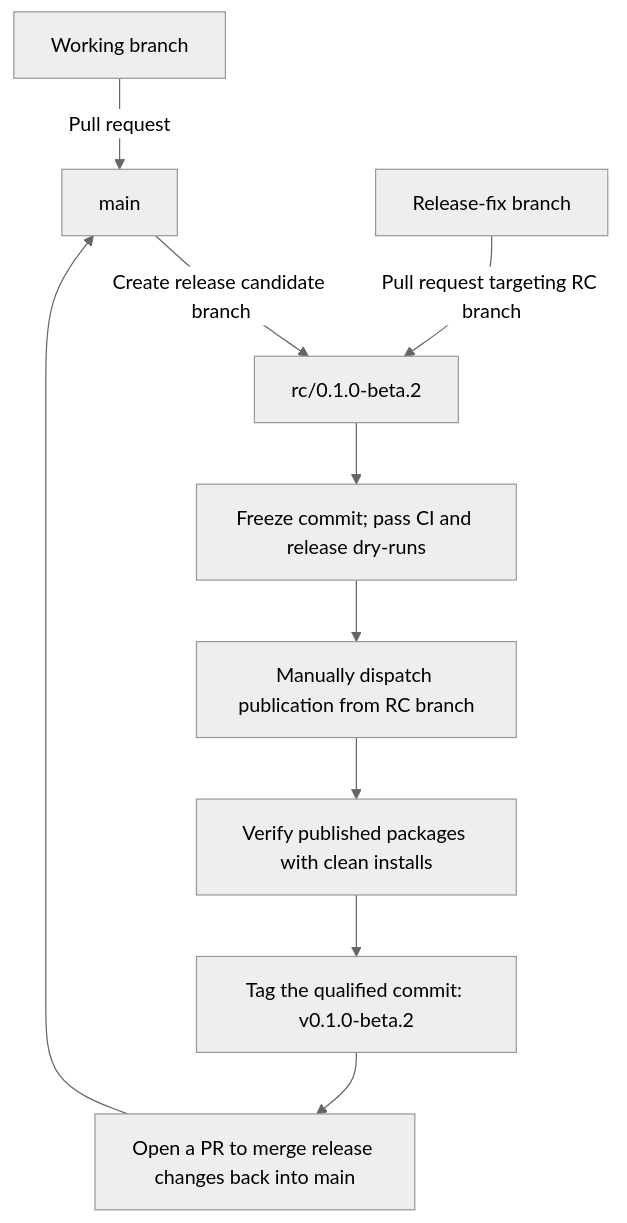
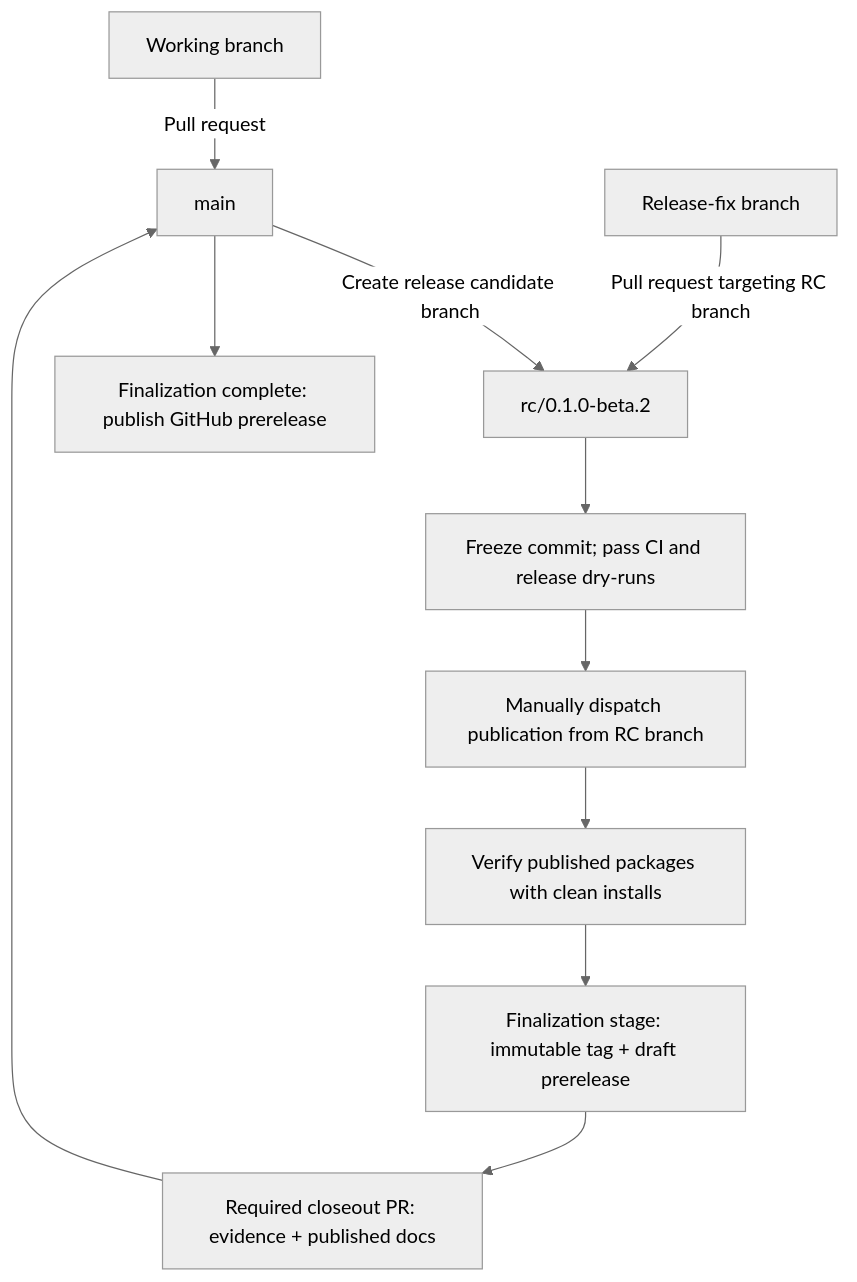
Before and after one commit to agent-topology/agent-topology: the diagram in CONTRIBUTING.md, drawn with Mermaid (neutral theme). The commit also changed other lines of this file and 23 other files, not shown here.

First line of the commit message:
chore(release): update workflows, scripts, and documentation for beta.3

````diff
--- a/CONTRIBUTING.md
+++ b/CONTRIBUTING.md
@@ -46,12 +46,13 @@
 ```mermaid
 flowchart TD
     work["Working branch"] -->|Pull request| main["main"]
     main -->|Create release candidate branch| candidate["rc/0.1.0-beta.2"]
     fix["Release-fix branch"] -->|Pull request targeting RC branch| candidate
     candidate --> checks["Freeze commit; pass CI and release dry-runs"]
     checks --> publish["Manually dispatch publication from RC branch"]
     publish --> verify["Verify published packages with clean installs"]
-    verify --> tag["Tag the qualified commit: v0.1.0-beta.2"]
-    tag --> backport["Open a PR to merge release changes back into main"]
-    backport --> main
+    verify --> stage["Finalization stage: immutable tag + draft prerelease"]
+    stage --> closeout["Required closeout PR: evidence + published docs"]
+    closeout --> main
+    main --> complete["Finalization complete: publish GitHub prerelease"]
 ```
````
